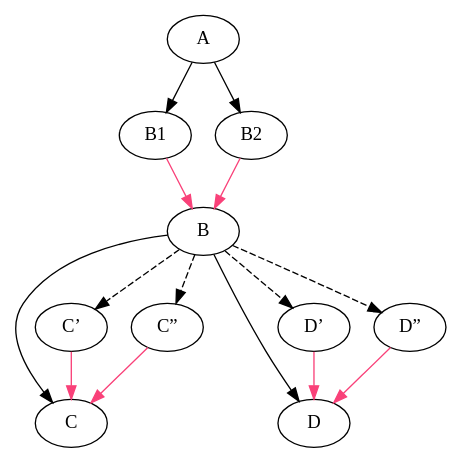
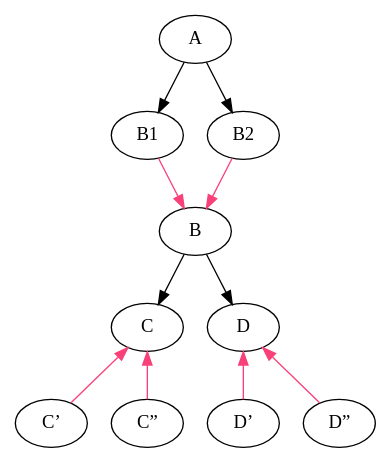
Before and after one commit to bendr/bender: the diagram in spec/fig/view-stack-3.gv, drawn with Graphviz. The commit also changed 9 other files, not shown here.

```diff
--- a/spec/fig/view-stack-3.gv
+++ b/spec/fig/view-stack-3.gv
@@ -1,27 +1,27 @@
 digraph tree {
   node [fontname="Avenir Next"];
   edge [fontname="Avenir Next"];
 
+  A [ordering=out]
+  B1 [ordering=out]
+  B2 [ordering=out]
   A -> B1
   A -> B2
 
-  B1 -> B [color="#f94179"]
-  B2 -> B [color="#f94179"]
   B -> C
   B -> D
 
   C_ [label="C’"]
-  C_ -> C [color="#f94179"]
+  C -> C_ [color="#f94179", dir=back]
   C__ [label="C”"]
-  C__ -> C [color="#f94179"]
-  B -> C_ [style=dashed]
-  B -> C__ [style=dashed]
+  C -> C__ [color="#f94179", dir=back]
+  B1 -> B [color="#f94179"]
+
 
   D_ [label="D’"]
-  D_ -> D [color="#f94179"]
+  D -> D_ [color="#f94179", dir=back]
   D__ [label="D”"]
-  D__ -> D [color="#f94179"]
-  B -> D_ [style=dashed]
-  B -> D__ [style=dashed]
+  D -> D__ [color="#f94179", dir=back]
+  B2 -> B [color="#f94179"]
 
 }
```
